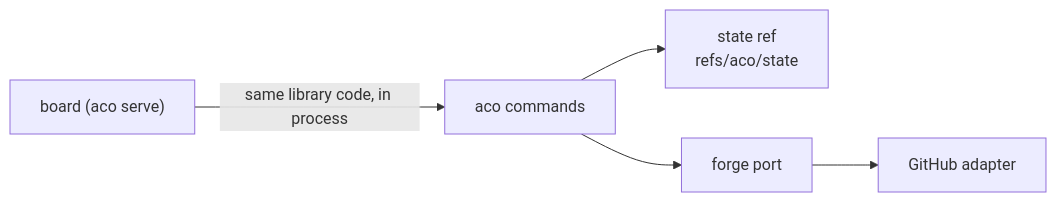
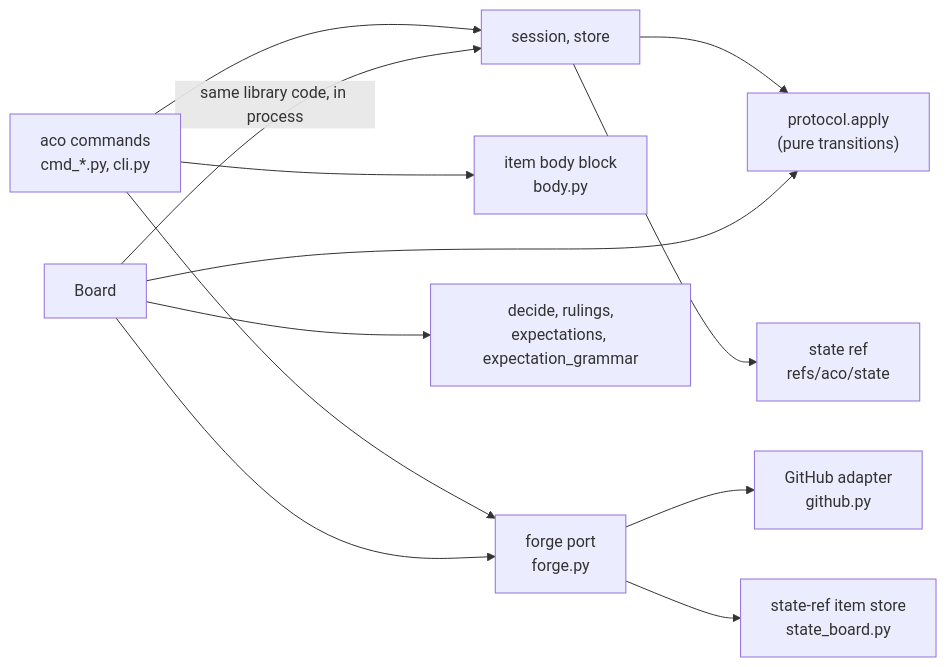
The second of 3 diagrams in docs/ARCHITECTURE.md (overnightworks/aco), drawn with Mermaid before and after one commit. The commit also changed other lines of this file, not shown here.

First line of the commit message:
Give the architecture overview the fleet skeleton's sections (#677)

````diff
--- a/docs/ARCHITECTURE.md
+++ b/docs/ARCHITECTURE.md
@@ -12,7 +29,14 @@
 ```mermaid
 flowchart LR
-    CLI["aco commands"] --> Store["state ref<br/>refs/aco/state"]
-    CLI --> Port["forge port"]
-    Port --> GitHub["GitHub adapter"]
-    Board["board (aco serve)"] -->|"same library code, in process"| CLI
+    CLI["aco commands<br/>cmd_*.py, cli.py"] --> Session["session, store"]
+    Session --> Protocol["protocol.apply<br/>(pure transitions)"]
+    Session --> Store["state ref<br/>refs/aco/state"]
+    CLI --> Body["item body block<br/>body.py"]
+    CLI --> Port["forge port<br/>forge.py"]
+    Port --> GitHub["GitHub adapter<br/>github.py"]
+    Port --> StateBoard["state-ref item store<br/>state_board.py"]
+    Board -->|"same library code, in process"| Session
+    Board --> Protocol
+    Board --> Port
+    Board --> Decisions["decide, rulings,<br/>expectations, expectation_grammar"]
 ```
````
